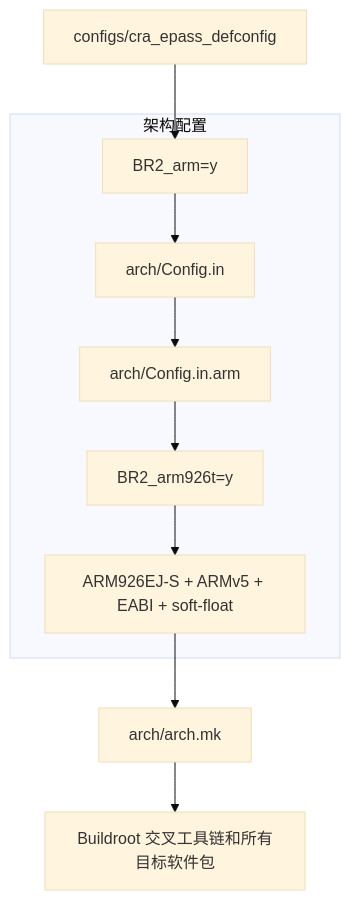
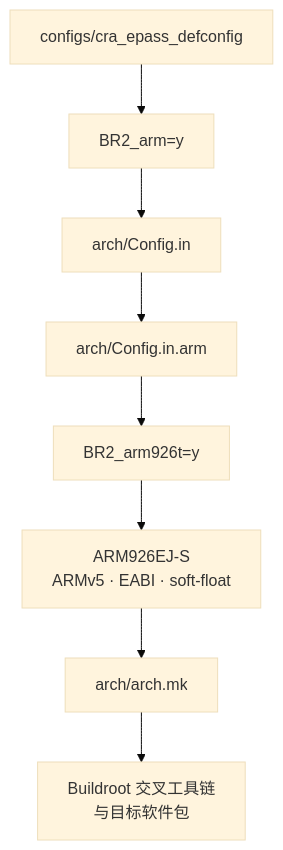
Before and after one commit to CCU-Robotics-Association/CRA-Electric-Pass: the first of 2 diagrams in epass_dev/buidroot-epass/arch/README.md, drawn with Mermaid (base theme). The commit also changed other lines of this file, not shown here.

````diff
--- a/epass_dev/buidroot-epass/arch/README.md
+++ b/epass_dev/buidroot-epass/arch/README.md
@@ -77,23 +139,13 @@
 ```mermaid
 flowchart TD
     A["configs/cra_epass_defconfig"]
     B["BR2_arm=y"]
     C["arch/Config.in"]
     D["arch/Config.in.arm"]
     E["BR2_arm926t=y"]
-    F["ARM926EJ-S + ARMv5 + EABI + soft-float"]
+    F["ARM926EJ-S<br/>ARMv5 · EABI · soft-float"]
     G["arch/arch.mk"]
-    H["Buildroot 交叉工具链和所有目标软件包"]
+    H["Buildroot 交叉工具链<br/>与目标软件包"]
 
-    A --> B
-
-    subgraph ARCH["架构配置"]
-        B --> C
-        C --> D
-        D --> E
-        E --> F
-    end
-
-    F --> G
-    G --> H
+    A --> B --> C --> D --> E --> F --> G --> H
 ```
````
